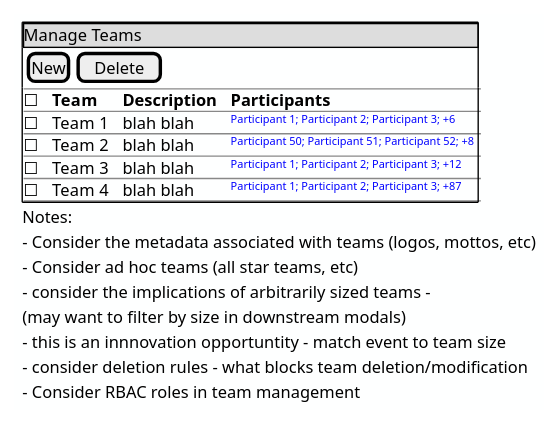
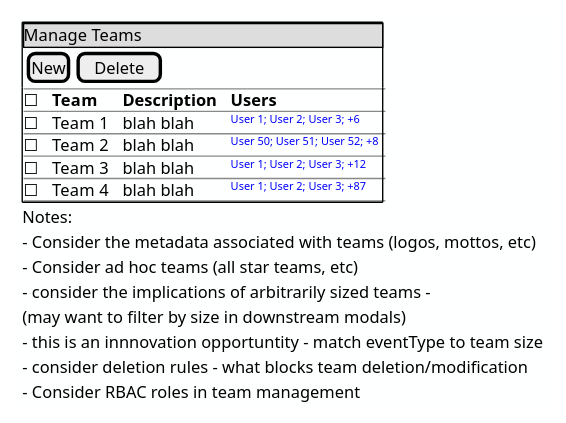
Before and after one commit to ThePostMan1092/GameLogix: the diagram in mocks/team_mgmt.puml, drawn with PlantUML. The commit also changed 1 other file, not shown here.

Commit message:
team & user mgmt

```diff
--- a/mocks/team_mgmt.puml
+++ b/mocks/team_mgmt.puml
@@ -1,26 +1,26 @@
 @startsalt
 skinparam backgroundcolor #FEFFFF
 {
 {+
     {* Manage Teams}
     {[New]| [ Delete]}
 
     {T-
-☐|<b>Team | <b>Description|<b>Participants  
-☐| Team 1 | blah blah | <color:blue><size:8>Participant 1; Participant 2; Participant 3; +6</size></color>
-☐| Team 2 | blah blah | <color:blue><size:8>Participant 50; Participant 51; Participant 52; +8</size></color>
-☐| Team 3 | blah blah | <color:blue><size:8>Participant 1; Participant 2; Participant 3; +12</size></color>
-☐| Team 4 | blah blah | <color:blue><size:8>Participant 1; Participant 2; Participant 3; +87</size></color>
+☐|<b>Team | <b>Description|<b>Users  
+☐| Team 1 | blah blah | <color:blue><size:8>User 1; User 2; User 3; +6</size></color>
+☐| Team 2 | blah blah | <color:blue><size:8>User 50; User 51; User 52; +8</size></color>
+☐| Team 3 | blah blah | <color:blue><size:8>User 1; User 2; User 3; +12</size></color>
+☐| Team 4 | blah blah | <color:blue><size:8>User 1; User 2; User 3; +87</size></color>
     }
     
 }
 Notes:
 - Consider the metadata associated with teams (logos, mottos, etc)
 - Consider ad hoc teams (all star teams, etc)
 - consider the implications of arbitrarily sized teams - 
 (may want to filter by size in downstream modals)
-- this is an innnovation opportuntity - match event to team size
+- this is an innnovation opportuntity - match eventType to team size
 - consider deletion rules - what blocks team deletion/modification
 - Consider RBAC roles in team management
 }
 @endsalt
```
